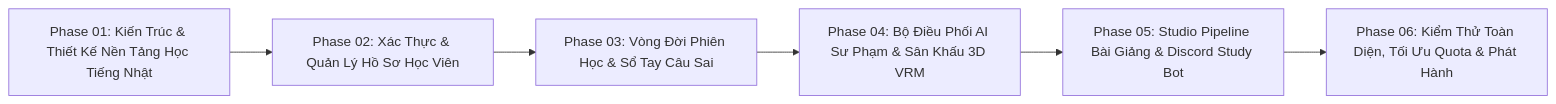
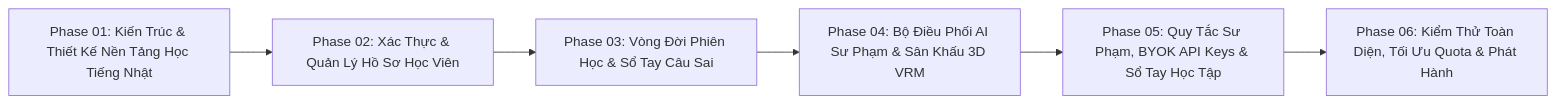
Before and after one commit to DungTran1201/ChatJPT: the diagram in docs/01-planning/project-development-plan.md, drawn with Mermaid. The commit also changed other lines of this file and 137 other files, not shown here.

````diff
--- a/docs/01-planning/project-development-plan.md
+++ b/docs/01-planning/project-development-plan.md
@@ -96,8 +93,8 @@
 ```mermaid
 graph LR
     P01[Phase 01: Kiến Trúc & Thiết Kế Nền Tảng Học Tiếng Nhật] --> P02[Phase 02: Xác Thực & Quản Lý Hồ Sơ Học Viên]
     P02 --> P03[Phase 03: Vòng Đời Phiên Học & Sổ Tay Câu Sai]
     P03 --> P04[Phase 04: Bộ Điều Phối AI Sư Phạm & Sân Khấu 3D VRM]
-    P04 --> P05[Phase 05: Studio Pipeline Bài Giảng & Discord Study Bot]
+    P04 --> P05[Phase 05: Quy Tắc Sư Phạm, BYOK API Keys & Sổ Tay Học Tập]
     P05 --> P06[Phase 06: Kiểm Thử Toàn Diện, Tối Ưu Quota & Phát Hành]
 ```
````
